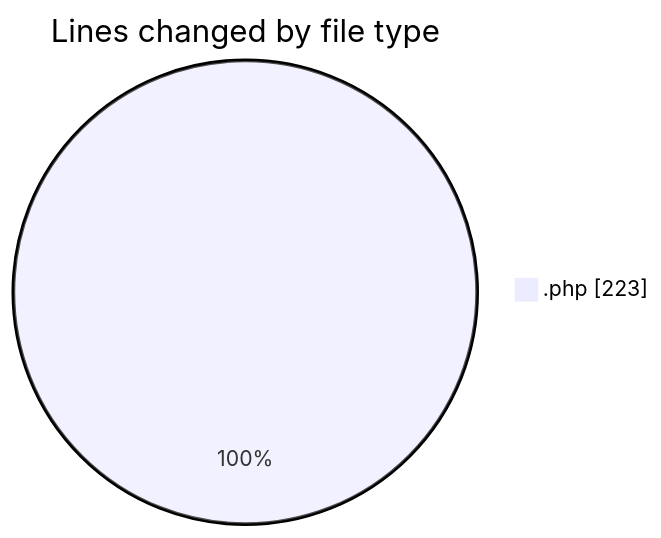
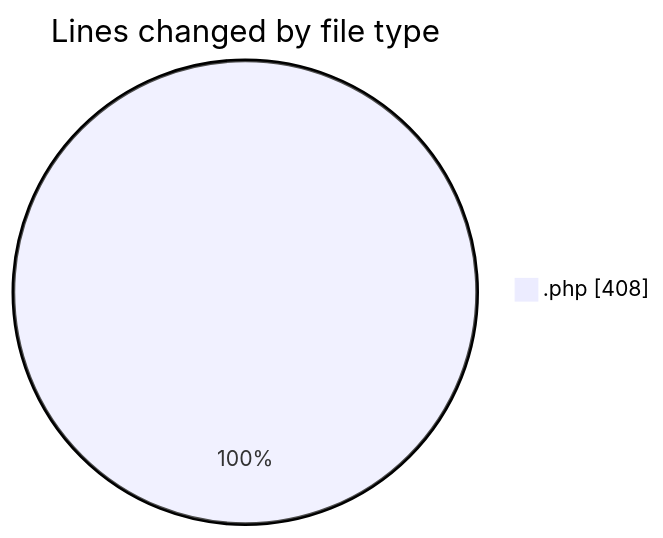
The first of 2 diagrams in 2025-09-15/totem2/README.md (LanceThiago/code-tracking), drawn with Mermaid before and after one commit. The commit also changed other lines of this file and 1 other file, not shown here.

````diff
--- a/2025-09-15/totem2/README.md
+++ b/2025-09-15/totem2/README.md
@@ -20,5 +21,5 @@
 ```mermaid
 pie showData
 title Lines changed by file type
-".php" : 223
+".php" : 408
 ```
````
